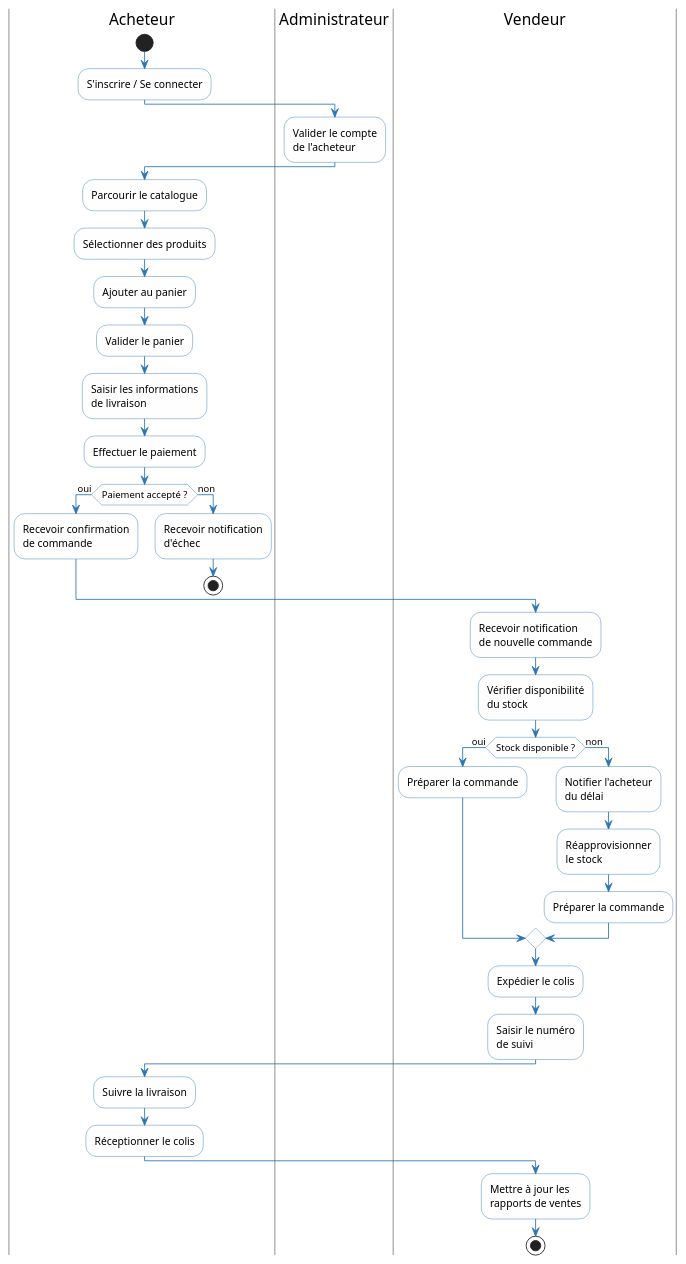
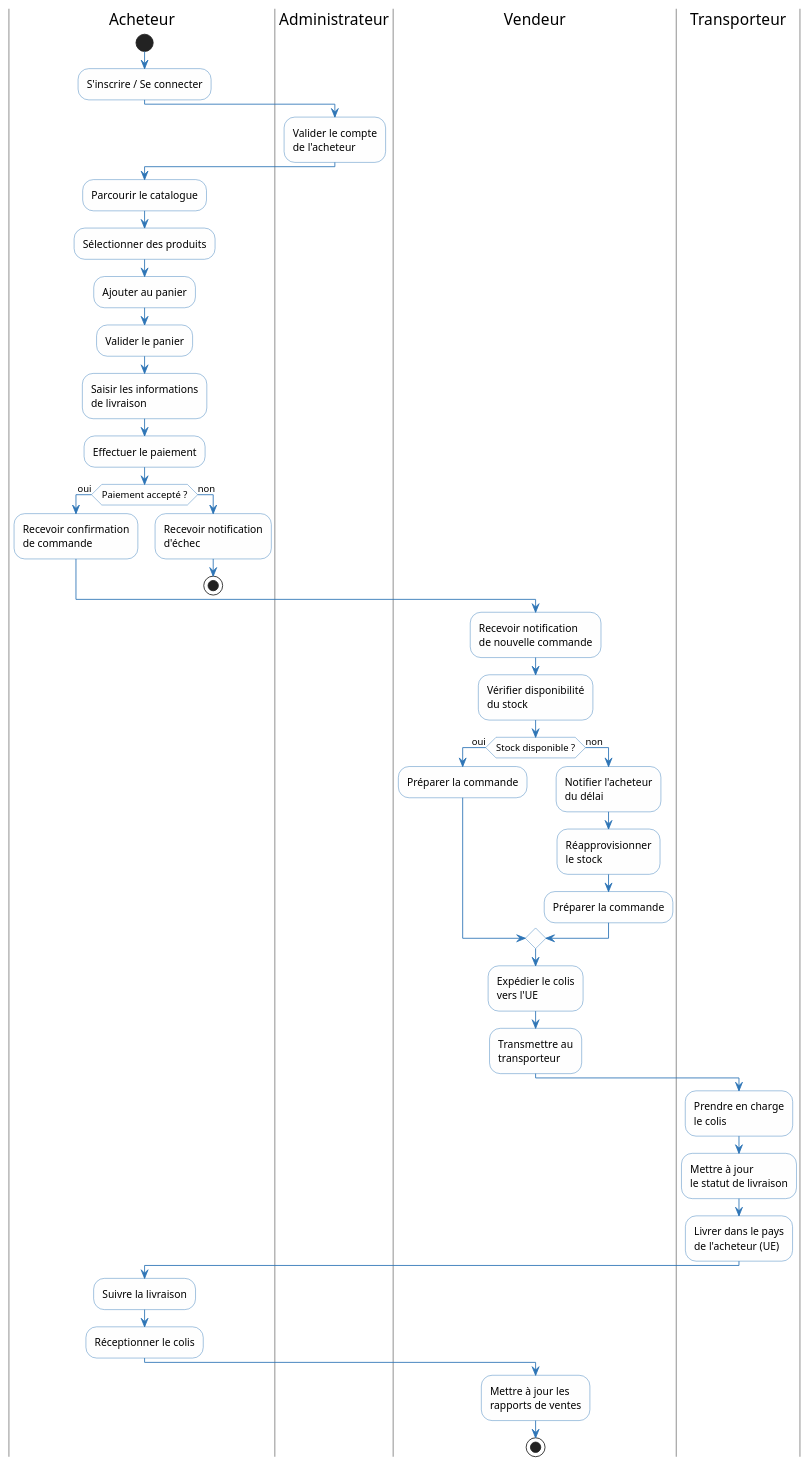
Before and after one commit to louistalvande/online_shop: the second of 4 diagrams in architecture.adoc, drawn with PlantUML. The commit also changed other lines of this file, not shown here.

```diff
--- a/architecture.adoc
+++ b/architecture.adoc
@@ -111,53 +130,58 @@
 [plantuml, oa-activity, svg]
 ----
 skinparam activityBackgroundColor #FEFEFE
 skinparam activityBorderColor #2E75B6
 skinparam arrowColor #2E75B6
 skinparam swimlaneBorderColor #AAAAAA
 
 |Acheteur|
 start
 :S'inscrire / Se connecter;
 
 |Administrateur|
 :Valider le compte\nde l'acheteur;
 
 |Acheteur|
 :Parcourir le catalogue;
 :Sélectionner des produits;
 :Ajouter au panier;
 :Valider le panier;
 :Saisir les informations\nde livraison;
 :Effectuer le paiement;
 
 if (Paiement accepté ?) then (oui)
   :Recevoir confirmation\nde commande;
 else (non)
   :Recevoir notification\nd'échec;
   stop
 endif
 
 |Vendeur|
 :Recevoir notification\nde nouvelle commande;
 :Vérifier disponibilité\ndu stock;
 
 if (Stock disponible ?) then (oui)
   :Préparer la commande;
 else (non)
   :Notifier l'acheteur\ndu délai;
   :Réapprovisionner\nle stock;
   :Préparer la commande;
 endif
 
-:Expédier le colis;
-:Saisir le numéro\nde suivi;
+:Expédier le colis\nvers l'UE;
+:Transmettre au\ntransporteur;
+
+|Transporteur|
+:Prendre en charge\nle colis;
+:Mettre à jour\nle statut de livraison;
+:Livrer dans le pays\nde l'acheteur (UE);
 
 |Acheteur|
 :Suivre la livraison;
 :Réceptionner le colis;
 
 |Vendeur|
 :Mettre à jour les\nrapports de ventes;
 
 stop
 ----
```
